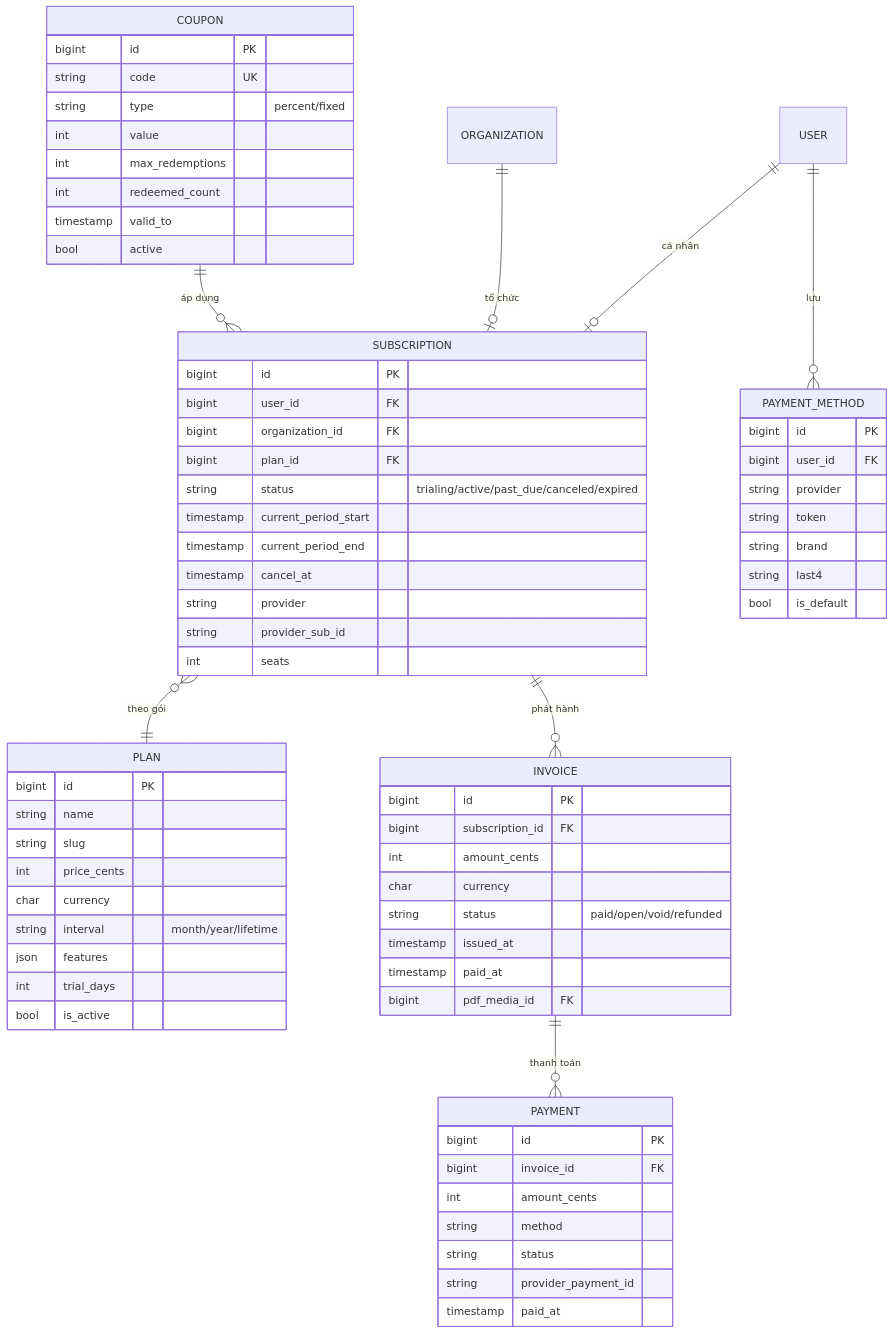
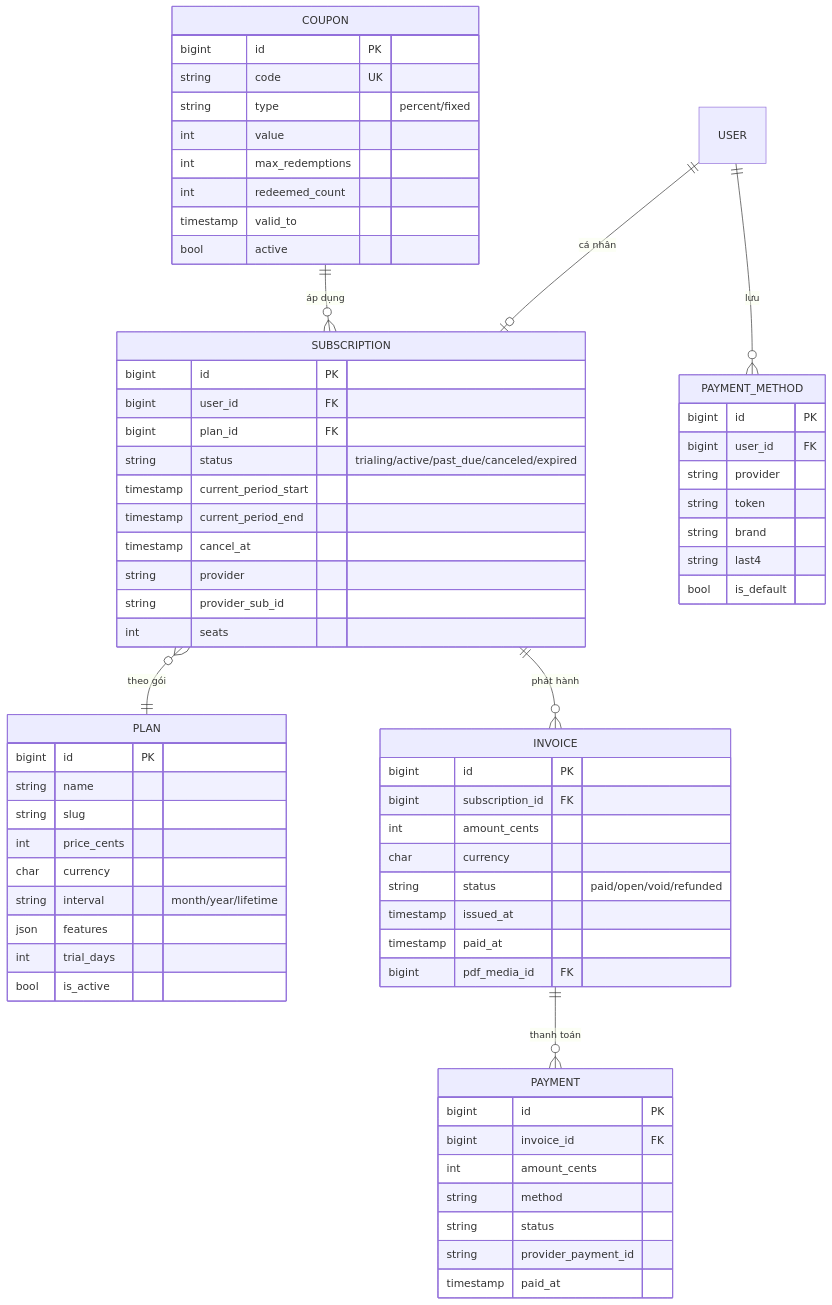
The eighth of 9 diagrams in srs/00-nen-tang/10-erd.md (HongQuanIT/du-an-y-khoa), drawn with Mermaid before and after one commit. The commit also changed other lines of this file and 40 other files, not shown here.

````diff
--- a/srs/00-nen-tang/10-erd.md
+++ b/srs/00-nen-tang/10-erd.md
@@ -591,73 +544,71 @@
 ```mermaid
 erDiagram
     USER ||--o| SUBSCRIPTION : "cá nhân"
-    ORGANIZATION ||--o| SUBSCRIPTION : "tổ chức"
     SUBSCRIPTION }o--|| PLAN : "theo gói"
     SUBSCRIPTION ||--o{ INVOICE : "phát hành"
     INVOICE ||--o{ PAYMENT : "thanh toán"
     USER ||--o{ PAYMENT_METHOD : "lưu"
     COUPON ||--o{ SUBSCRIPTION : "áp dụng"
 
     PLAN {
         bigint id PK
         string name
         string slug
         int price_cents
         char currency
         string interval "month/year/lifetime"
         json features
         int trial_days
         bool is_active
     }
     SUBSCRIPTION {
         bigint id PK
         bigint user_id FK
-        bigint organization_id FK
         bigint plan_id FK
         string status "trialing/active/past_due/canceled/expired"
         timestamp current_period_start
         timestamp current_period_end
         timestamp cancel_at
         string provider
         string provider_sub_id
         int seats
     }
     INVOICE {
         bigint id PK
         bigint subscription_id FK
         int amount_cents
         char currency
         string status "paid/open/void/refunded"
         timestamp issued_at
         timestamp paid_at
         bigint pdf_media_id FK
     }
     PAYMENT {
         bigint id PK
         bigint invoice_id FK
         int amount_cents
         string method
         string status
         string provider_payment_id
         timestamp paid_at
     }
     PAYMENT_METHOD {
         bigint id PK
         bigint user_id FK
         string provider
         string token
         string brand
         string last4
         bool is_default
     }
     COUPON {
         bigint id PK
         string code UK
         string type "percent/fixed"
         int value
         int max_redemptions
         int redeemed_count
         timestamp valid_to
         bool active
     }
 ```
````
